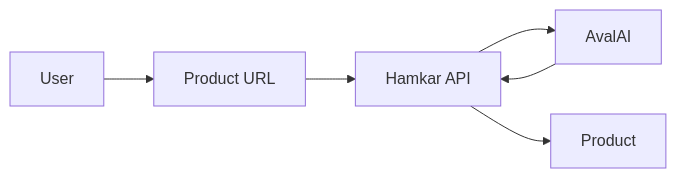
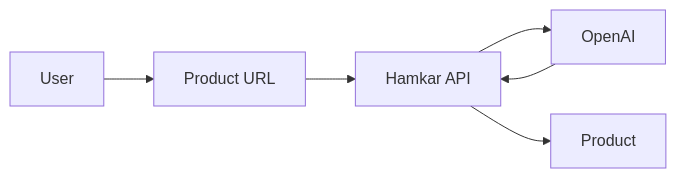
One commit to Mahdi-Forghani/hamkar-project changed the third of 4 diagrams in Readme.md. Above: the diagram before and after it, drawn with Mermaid. The commit also changed other lines of this file, not shown here.

````diff
--- a/Readme.md
+++ b/Readme.md
@@ -110,14 +100,14 @@
 ```mermaid
 flowchart LR
     User["User"]
     URL["Product URL"]
     API["Hamkar API"]
-    AI["AvalAI"]
+    AI["OpenAI"]
     Product["Product"]
 
     User --> URL
     URL --> API
     API --> AI
     AI --> API
     API --> Product
 ```
````
